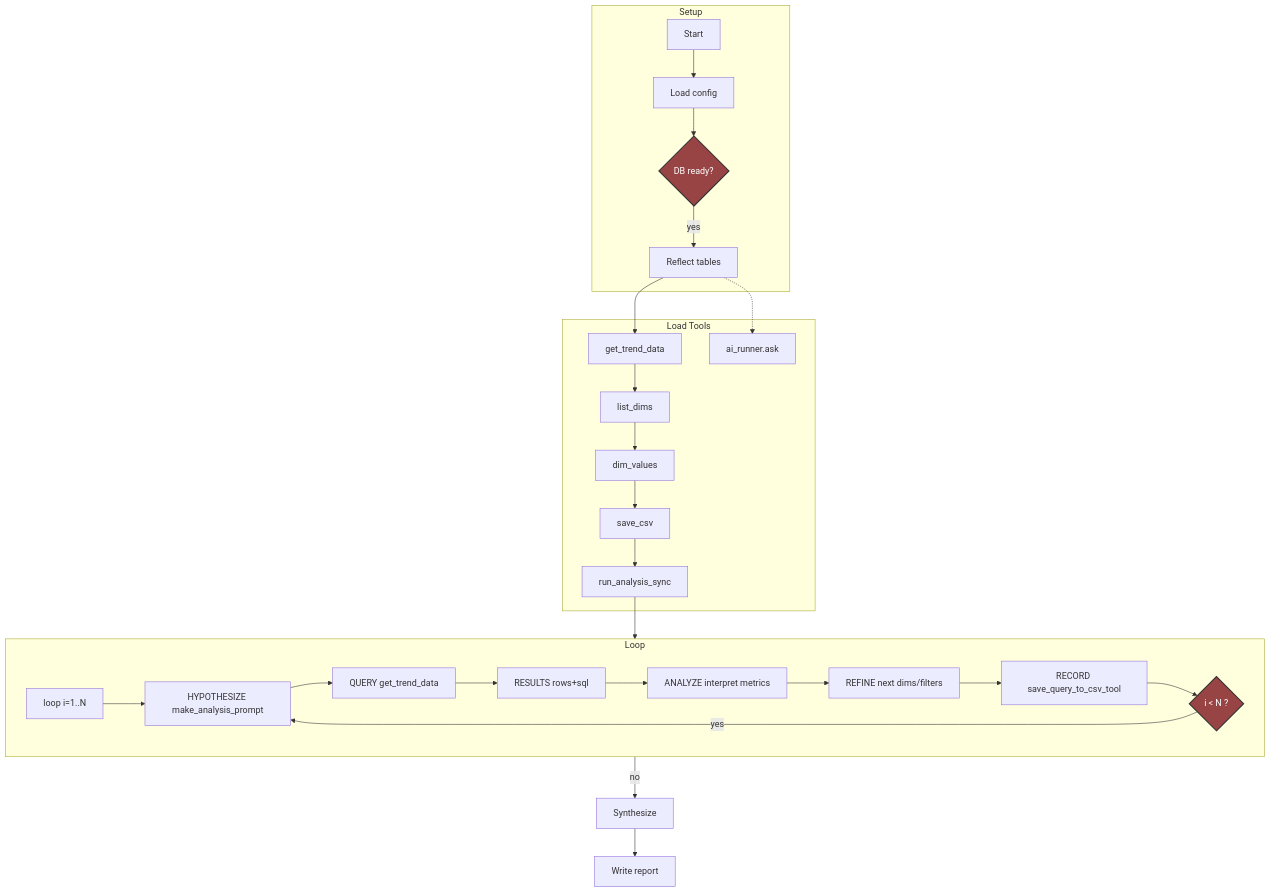
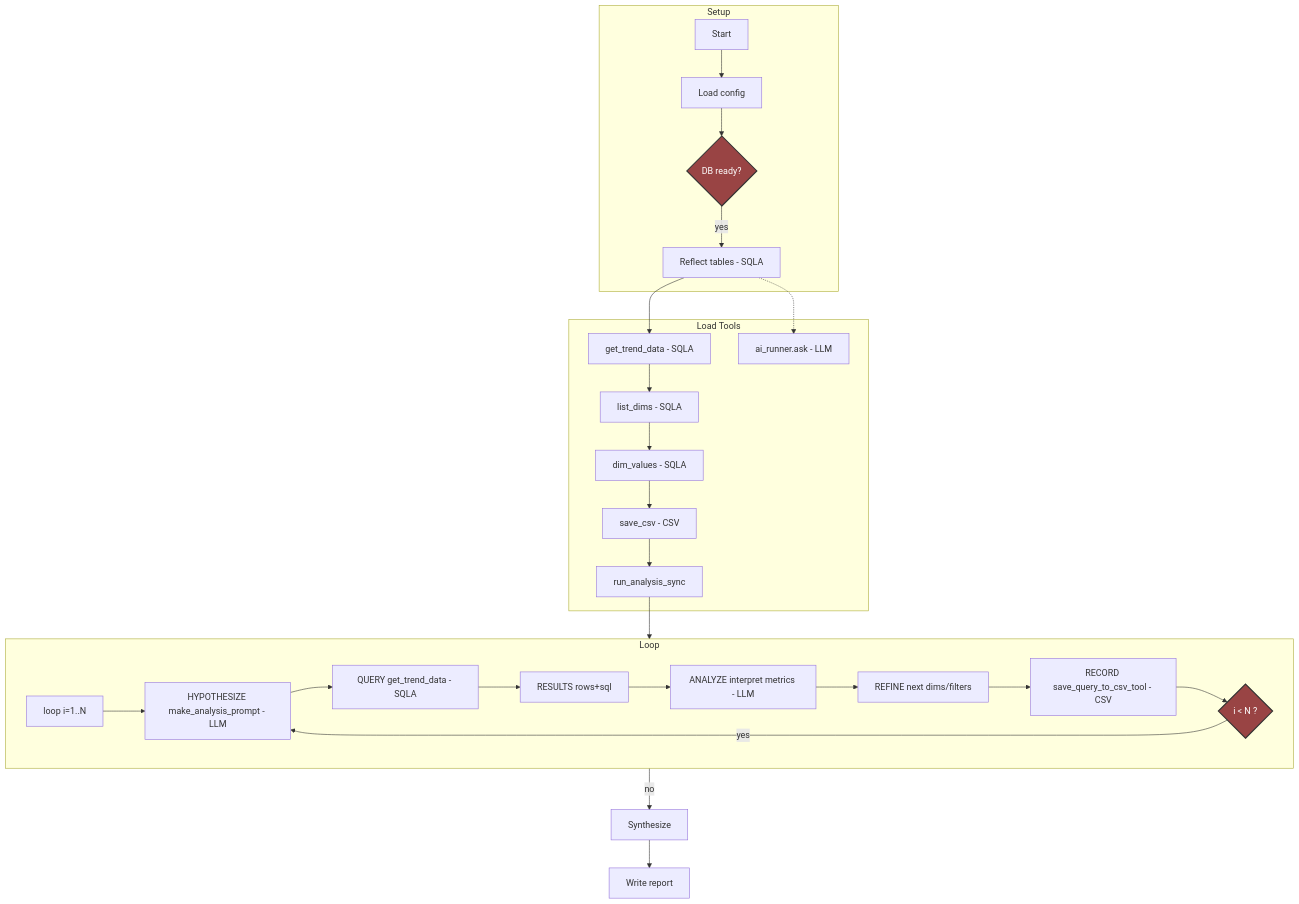
One commit to garthmortensen/trend-analyzer changed the first of 2 diagrams in README.md. Above: the diagram before and after it, drawn with Mermaid. The commit also changed other lines of this file and 11 other files, not shown here.

Commit message:
docs(mermaid): update flowchart, add sequence diagram, TODOs

````diff
--- a/README.md
+++ b/README.md
@@ -29,39 +48,39 @@
 ```mermaid
 flowchart TD
-    %% Simplified overview: setup, core tools, iterative loop
+    %% Simplified overview: setup, core tools, iterative loop (with SDK/API tags)
 
-    subgraph Setup
-        A[Start] --> C[Load config]
-        C --> D{DB ready?}
-        D -->|yes| E[Reflect tables]
-    end
+        subgraph Setup
+            A[Start] --> C[Load config]
+            C --> D{DB ready?}
+            D -->|yes| E[Reflect tables - SQLA]
+        end
 
     %% Load Tools (Option B condensed list)
-    subgraph Load Tools
-            E --> T1[get_trend_data]
-            T1 --> T2[list_dims]
-            T2 --> T3[dim_values]
-            T3 --> T4[save_csv]
+        subgraph Load Tools
+            E --> T1[get_trend_data - SQLA]
+            T1 --> T2[list_dims - SQLA]
+            T2 --> T3[dim_values - SQLA]
+            T3 --> T4[save_csv - CSV]
             T4 --> R1[run_analysis_sync]
-            E -.-> U1[ai_runner.ask]
+            E -.-> U1[ai_runner.ask - LLM]
         end
 
     subgraph Loop
         direction LR
         R1 --> L0
-        L0[loop i=1..N] --> L1[HYPOTHESIZE make_analysis_prompt]
-            L1 --> L2[QUERY get_trend_data]
+        L0[loop i=1..N] --> L1[HYPOTHESIZE make_analysis_prompt - LLM]
+        L1 --> L2[QUERY get_trend_data - SQLA]
         L2 --> L3[RESULTS rows+sql]
-        L3 --> L4[ANALYZE interpret metrics]
+        L3 --> L4[ANALYZE interpret metrics - LLM]
         L4 --> L5[REFINE next dims/filters]
-        L5 --> L6[RECORD save_query_to_csv_tool]
+        L5 --> L6[RECORD save_query_to_csv_tool - CSV]
         L6 --> L7{i < N ?}
         L7 -- yes --> L1
     end
 
     L7 -- no --> O1[Synthesize]
     O1 --> O2[Write report]
 
     classDef decision fill:#944,stroke:#333,stroke-width:2px,color:#fff
     class D,L7 decision
 ```
````
